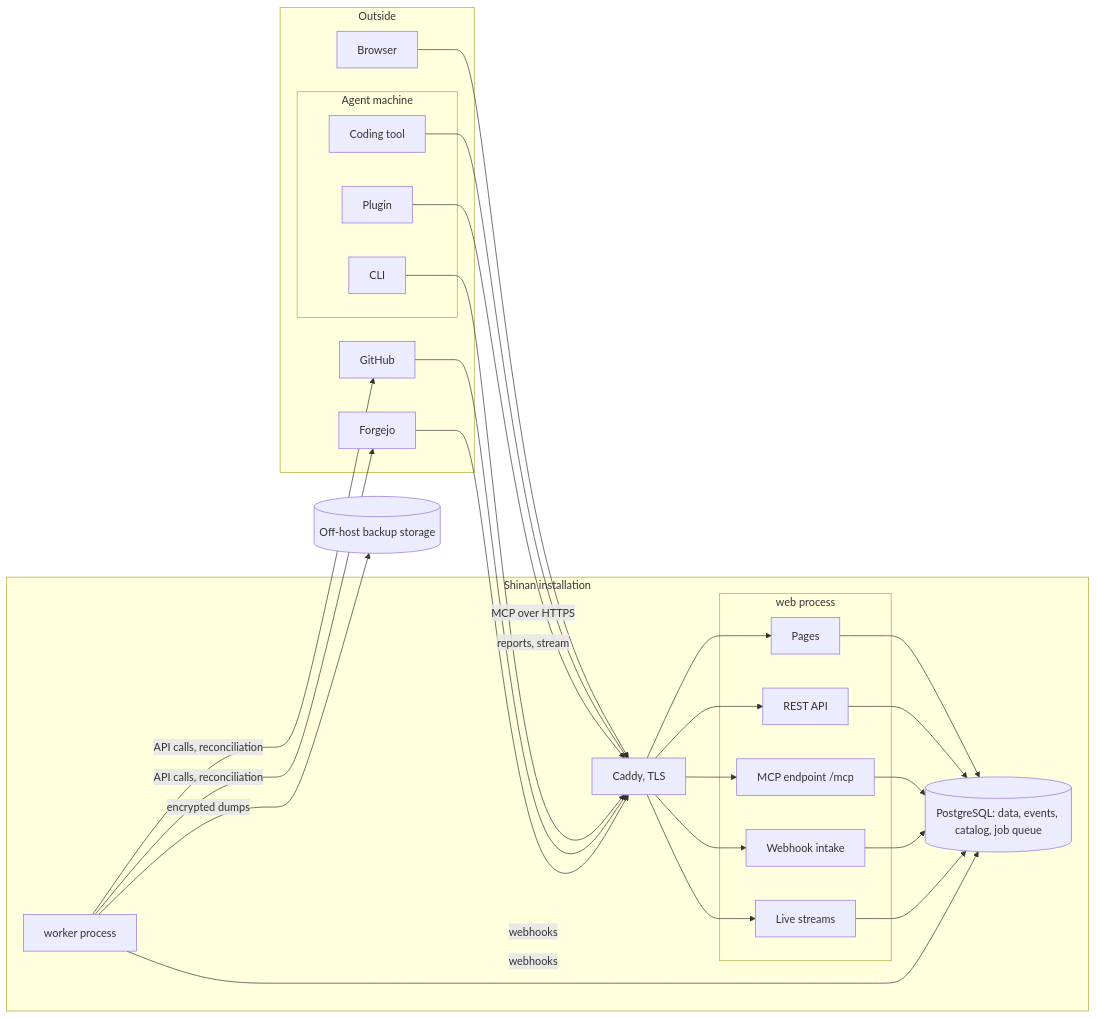
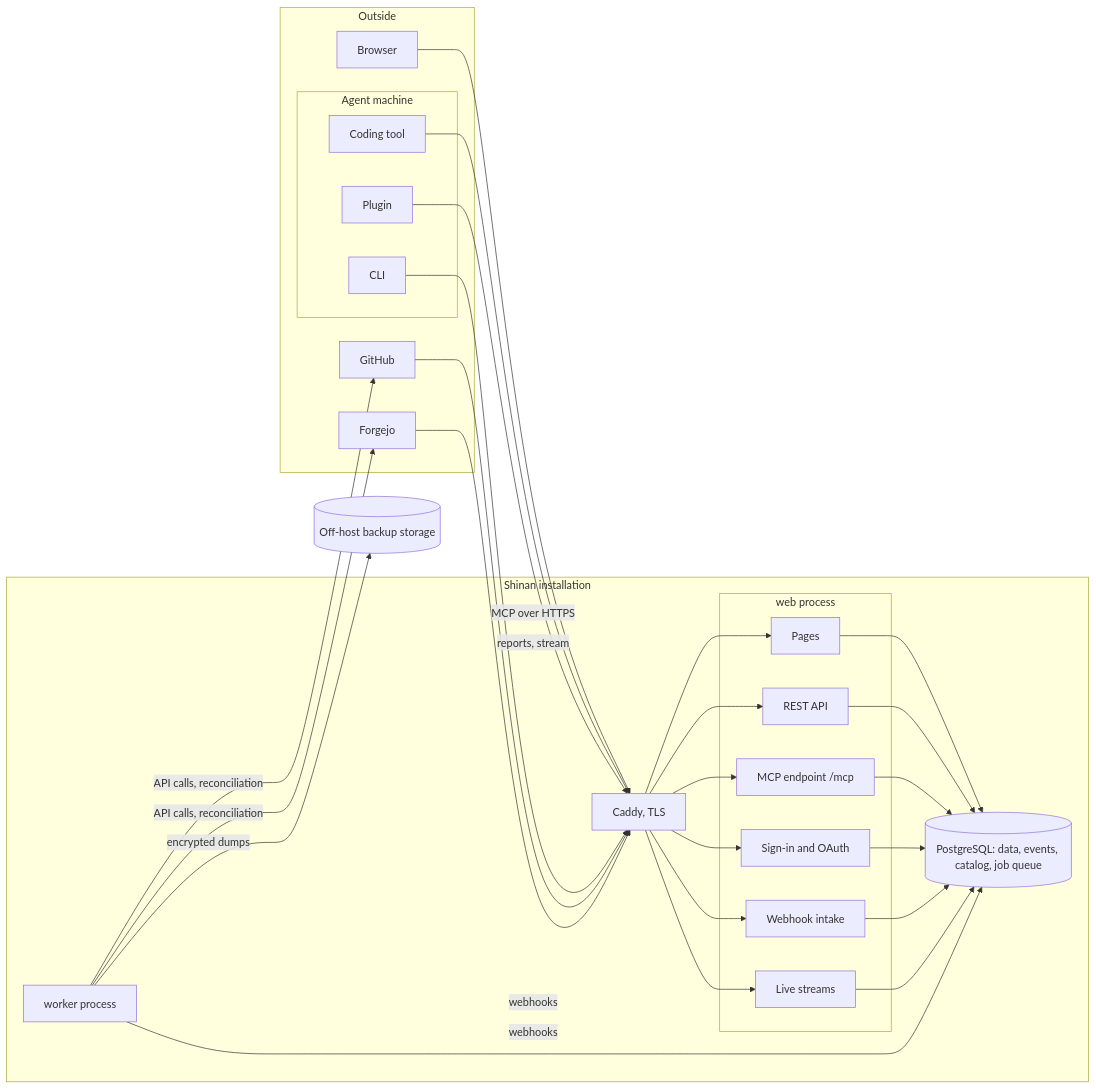
One commit to guneet-xyz/shinan changed the diagram in docs/architecture.md. Above: the diagram before and after it, drawn with Mermaid. The commit also changed other lines of this file, not shown here.

Commit message:
Address per-document review of architecture (refs #11)

````diff
--- a/docs/architecture.md
+++ b/docs/architecture.md
@@ -196,37 +255,38 @@
 ```mermaid
 flowchart LR
   subgraph OUT[Outside]
     B[Browser]
     GH[GitHub]
     FJ[Forgejo]
     subgraph AM[Agent machine]
       CT[Coding tool]
       PL[Plugin]
       CLI[CLI]
     end
   end
   subgraph SI[Shinan installation]
     C[Caddy, TLS]
     subgraph WEB[web process]
       UI[Pages]
       API[REST API]
       MCP[MCP endpoint /mcp]
+      AUTH[Sign-in and OAuth]
       WH[Webhook intake]
       SSE[Live streams]
     end
     WK[worker process]
     DB[(PostgreSQL: data, events, catalog, job queue)]
   end
   BK[(Off-host backup storage)]
   B --> C
   CT -->|MCP over HTTPS| C
   PL -->|reports, stream| C
   CLI --> C
   GH -->|webhooks| C
   FJ -->|webhooks| C
-  C --> UI & API & MCP & WH & SSE
-  UI & API & MCP & WH & SSE --> DB
+  C --> UI & API & MCP & AUTH & WH & SSE
+  UI & API & MCP & AUTH & WH & SSE --> DB
   WK --> DB
   WK -->|API calls, reconciliation| GH & FJ
   WK -->|encrypted dumps| BK
 ```
````
